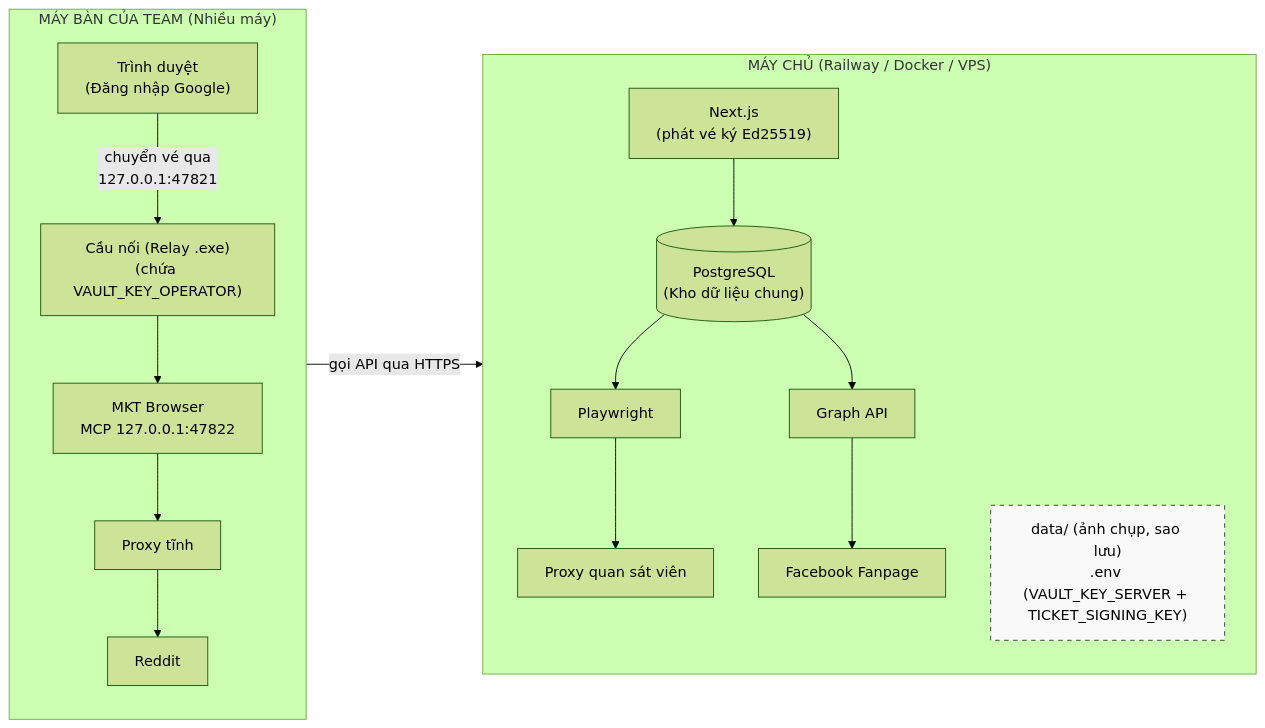
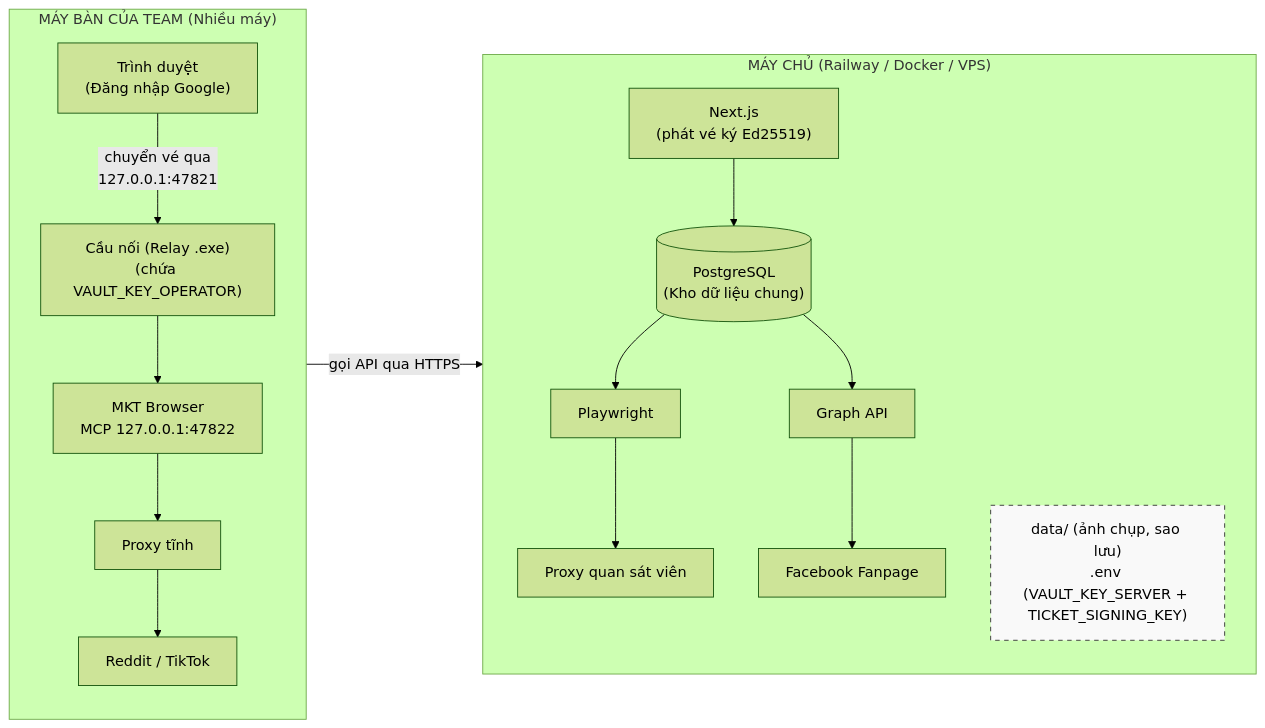
One commit to FinanceBullkk/MKTTool changed the first of 2 diagrams in docs/system-architecture.md. Above: the diagram before and after it, drawn with Mermaid (forest theme). The commit also changed other lines of this file and 7 other files, not shown here.

Commit message:
docs(scope): align Relay and TikTok guidance

````diff
--- a/docs/system-architecture.md
+++ b/docs/system-architecture.md
@@ -13,37 +13,37 @@
 ```mermaid
 flowchart LR
     subgraph Server["MÁY CHỦ (Railway / Docker / VPS)"]
         direction TB
         NextJS["Next.js<br/>(phát vé ký Ed25519)"]
         DB[("PostgreSQL<br/>(Kho dữ liệu chung)")]
         Playwright["Playwright"]
         ProxyQuanSat["Proxy quan sát viên"]
         GraphAPI["Graph API"]
         FB["Facebook Fanpage"]
         Config["data/ (ảnh chụp, sao lưu)<br/>.env (VAULT_KEY_SERVER + TICKET_SIGNING_KEY)"]
 
         NextJS --> DB
         DB --> Playwright
         Playwright --> ProxyQuanSat
         DB --> GraphAPI
         GraphAPI --> FB
 
         style Config fill:#f9f9f9,stroke:#333,stroke-dasharray: 5 5
     end
 
     subgraph Client["MÁY BÀN CỦA TEAM (Nhiều máy)"]
         direction TB
         Browser["Trình duyệt<br/>(Đăng nhập Google)"]
         Relay["Cầu nối (Relay .exe)<br/>(chứa VAULT_KEY_OPERATOR)"]
         MktBrowser["MKT Browser<br/>MCP 127.0.0.1:47822"]
         ProxyTinh["Proxy tĩnh"]
-        Reddit["Reddit"]
+        Reddit["Reddit / TikTok"]
 
         Browser -- "chuyển vé qua<br/>127.0.0.1:47821" --> Relay
         Relay --> MktBrowser
         MktBrowser --> ProxyTinh
         ProxyTinh --> Reddit
     end
 
     Browser -- "gọi API qua HTTPS" --> NextJS
 ```
````
